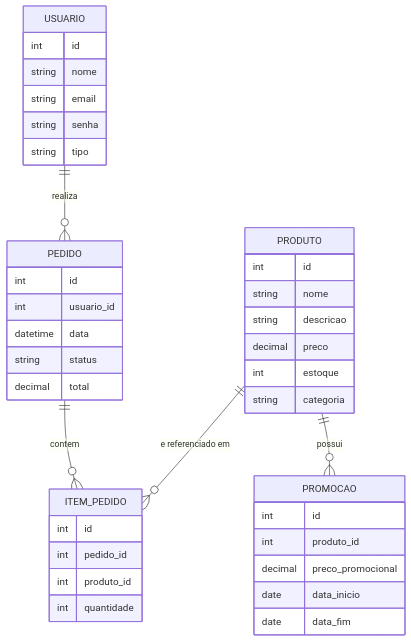
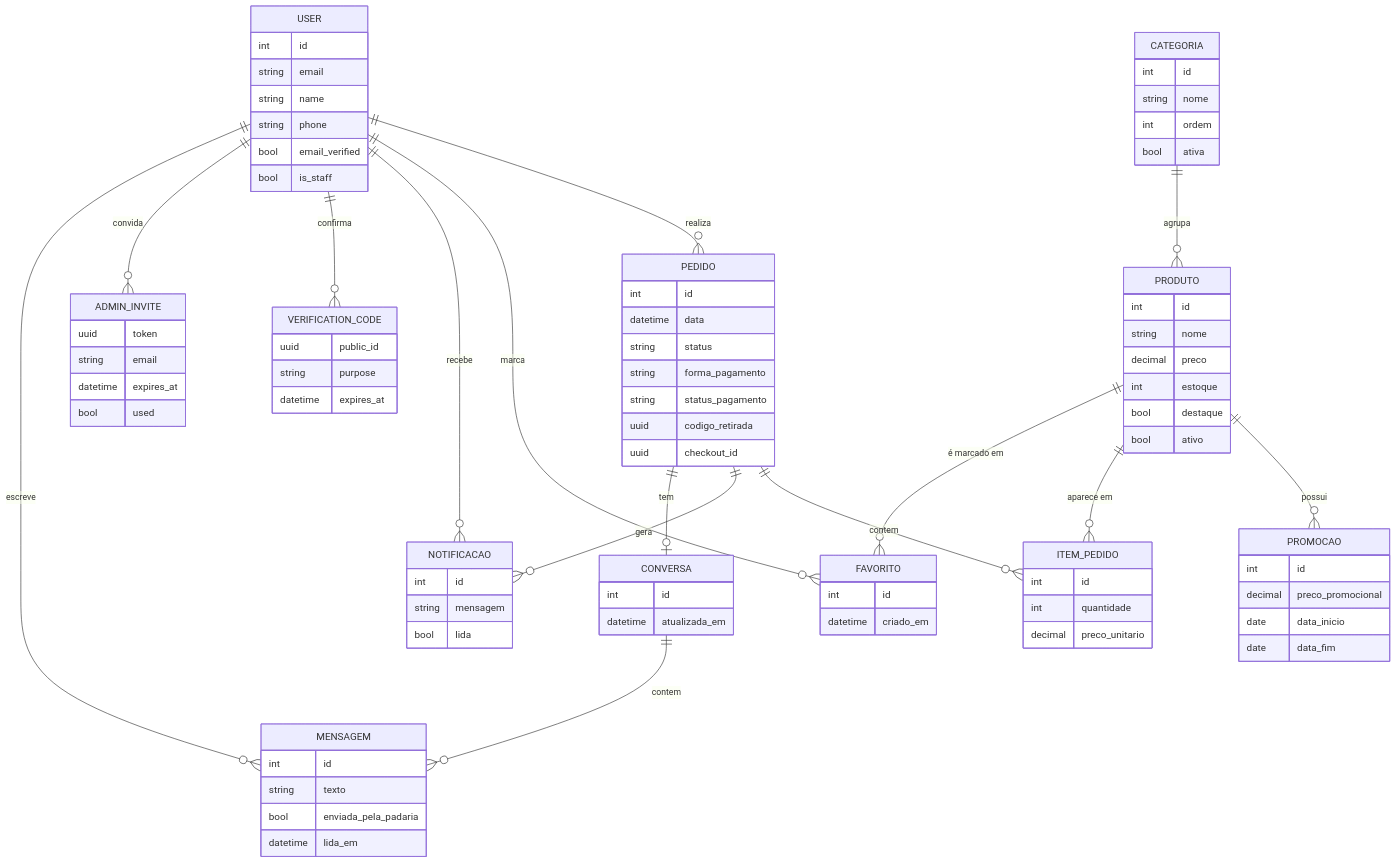
Before and after one commit to Panificadora-Pires/.github: the first of 2 diagrams in profile/README.md, drawn with Mermaid. The commit also changed other lines of this file, not shown here.

````diff
--- a/profile/README.md
+++ b/profile/README.md
@@ -67,43 +78,90 @@
 ```mermaid
 erDiagram
-    USUARIO ||--o{ PEDIDO : realiza
+    USER ||--o{ PEDIDO : realiza
+    USER ||--o{ FAVORITO : marca
+    USER ||--o{ NOTIFICACAO : recebe
+    USER ||--o{ VERIFICATION_CODE : confirma
+    USER ||--o{ ADMIN_INVITE : convida
+    CATEGORIA ||--o{ PRODUTO : agrupa
+    PRODUTO ||--o{ PROMOCAO : possui
+    PRODUTO ||--o{ ITEM_PEDIDO : "aparece em"
+    PRODUTO ||--o{ FAVORITO : "é marcado em"
     PEDIDO ||--o{ ITEM_PEDIDO : contem
-    PRODUTO ||--o{ ITEM_PEDIDO : "e referenciado em"
-    PRODUTO ||--o{ PROMOCAO : possui
+    PEDIDO ||--o{ NOTIFICACAO : gera
+    PEDIDO ||--o| CONVERSA : tem
+    CONVERSA ||--o{ MENSAGEM : contem
+    USER ||--o{ MENSAGEM : escreve
 
-    USUARIO {
+    USER {
+        int id
+        string email
+        string name
+        string phone
+        bool email_verified
+        bool is_staff
+    }
+    CATEGORIA {
         int id
         string nome
-        string email
-        string senha
-        string tipo
+        int ordem
+        bool ativa
     }
     PRODUTO {
         int id
         string nome
-        string descricao
         decimal preco
         int estoque
-        string categoria
-    }
-    PEDIDO {
-        int id
-        int usuario_id
-        datetime data
-        string status
-        decimal total
-    }
-    ITEM_PEDIDO {
-        int id
-        int pedido_id
-        int produto_id
-        int quantidade
+        bool destaque
+        bool ativo
     }
     PROMOCAO {
         int id
-        int produto_id
         decimal preco_promocional
         date data_inicio
         date data_fim
     }
+    PEDIDO {
+        int id
+        datetime data
+        string status
+        string forma_pagamento
+        string status_pagamento
+        uuid codigo_retirada
+        uuid checkout_id
+    }
+    ITEM_PEDIDO {
+        int id
+        int quantidade
+        decimal preco_unitario
+    }
+    FAVORITO {
+        int id
+        datetime criado_em
+    }
+    NOTIFICACAO {
+        int id
+        string mensagem
+        bool lida
+    }
+    CONVERSA {
+        int id
+        datetime atualizada_em
+    }
+    MENSAGEM {
+        int id
+        string texto
+        bool enviada_pela_padaria
+        datetime lida_em
+    }
+    VERIFICATION_CODE {
+        uuid public_id
+        string purpose
+        datetime expires_at
+    }
+    ADMIN_INVITE {
+        uuid token
+        string email
+        datetime expires_at
+        bool used
+    }
 ```
````
